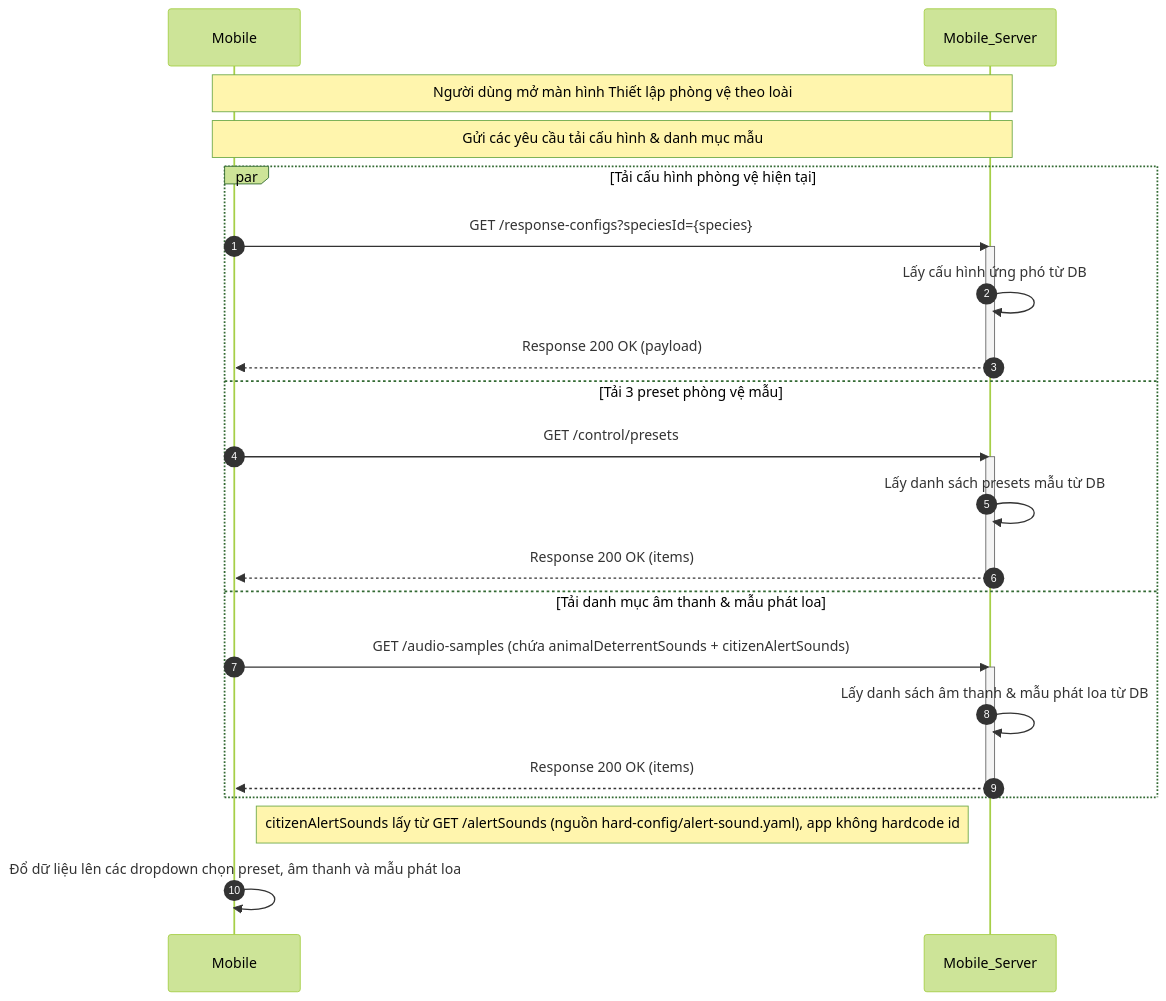
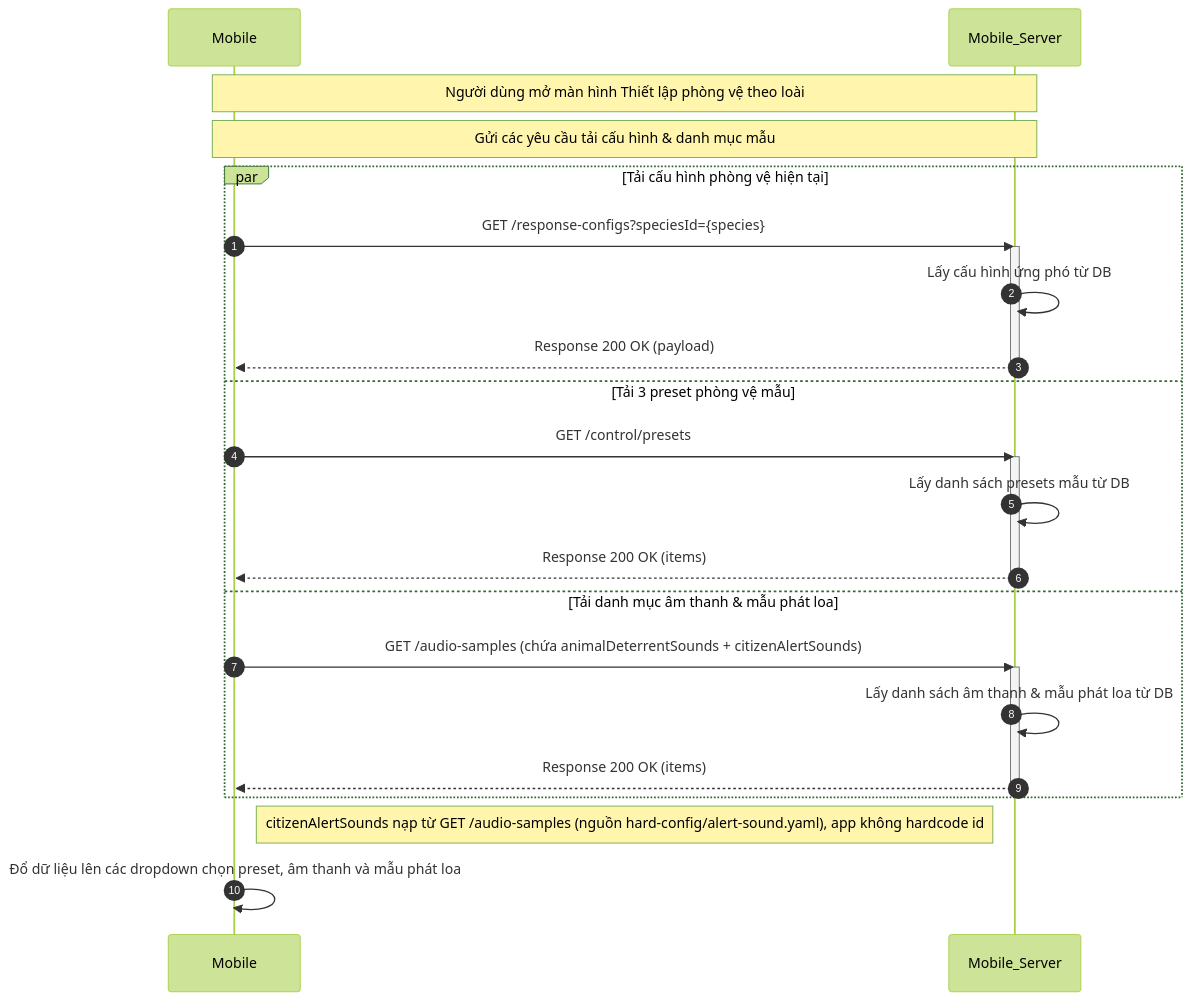
Before and after one commit to trungnguyenthien/Wildlife-Warning-and-Deterrence-System: diagram 12 of 18 in docs/04-sequence-diagram.md, drawn with Mermaid (forest theme). The commit also changed other lines of this file, not shown here.

Commit message:
docs: update sequence diagram to reflect latest system workflow changes

````diff
--- a/docs/04-sequence-diagram.md
+++ b/docs/04-sequence-diagram.md
@@ -467,30 +467,30 @@
 ```mermaid
 sequenceDiagram
     autonumber
     participant Mobile as Mobile
     participant Mobile_Server as Mobile_Server
 
     Note over Mobile, Mobile_Server: Người dùng mở màn hình Thiết lập phòng vệ theo loài
     Note over Mobile, Mobile_Server: Gửi các yêu cầu tải cấu hình & danh mục mẫu
     par Tải cấu hình phòng vệ hiện tại
         Mobile->>Mobile_Server: GET /response-configs?speciesId={species}
         activate Mobile_Server
         Mobile_Server->>Mobile_Server: Lấy cấu hình ứng phó từ DB
         Mobile_Server-->>Mobile: Response 200 OK (payload)
         deactivate Mobile_Server
     and Tải 3 preset phòng vệ mẫu
         Mobile->>Mobile_Server: GET /control/presets
         activate Mobile_Server
         Mobile_Server->>Mobile_Server: Lấy danh sách presets mẫu từ DB
         Mobile_Server-->>Mobile: Response 200 OK (items)
         deactivate Mobile_Server
     and Tải danh mục âm thanh & mẫu phát loa
         Mobile->>Mobile_Server: GET /audio-samples (chứa animalDeterrentSounds + citizenAlertSounds)
         activate Mobile_Server
         Mobile_Server->>Mobile_Server: Lấy danh sách âm thanh & mẫu phát loa từ DB
         Mobile_Server-->>Mobile: Response 200 OK (items)
         deactivate Mobile_Server
     end
-    Note right of Mobile: citizenAlertSounds lấy từ GET /alertSounds (nguồn hard-config/alert-sound.yaml), app không hardcode id
+    Note right of Mobile: citizenAlertSounds nạp từ GET /audio-samples (nguồn hard-config/alert-sound.yaml), app không hardcode id
     Mobile->>Mobile: Đổ dữ liệu lên các dropdown chọn preset, âm thanh và mẫu phát loa
 ```
````
